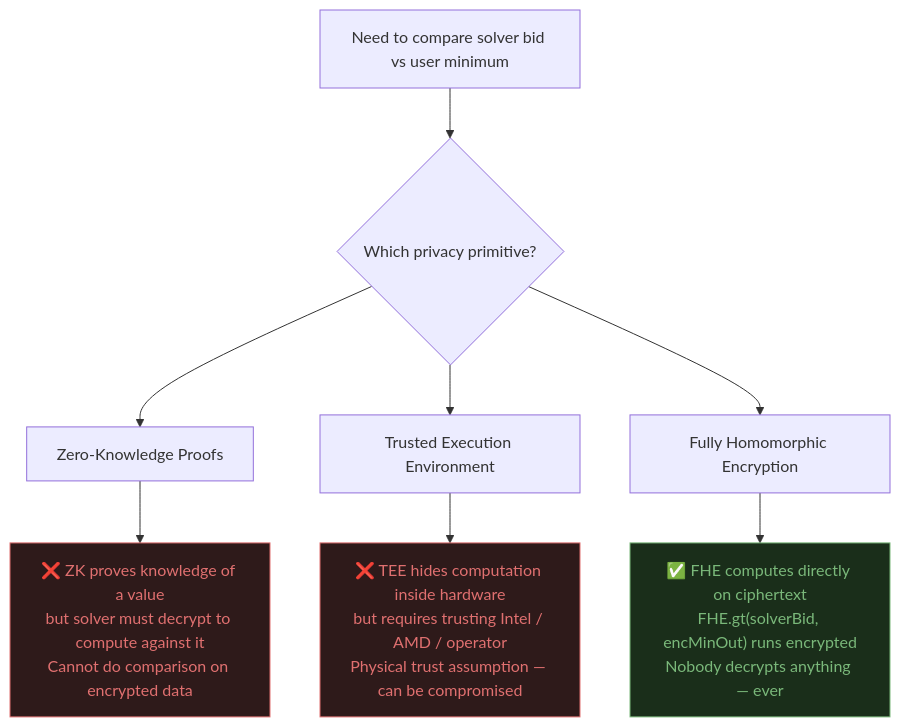
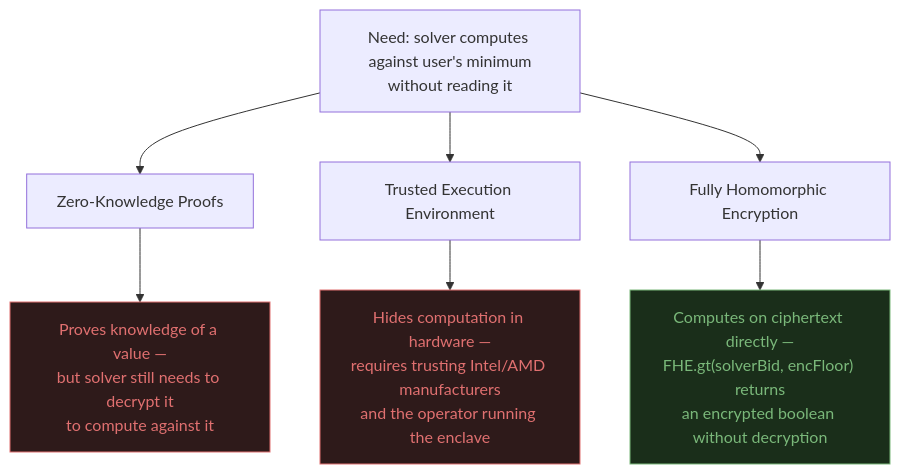
One commit to anxbt/GhostSwap changed the second of 5 diagrams in README.md. Above: the diagram before and after it, drawn with Mermaid. The commit also changed other lines of this file and 28 other files, not shown here.

````diff
--- a/README.md
+++ b/README.md
@@ -76,16 +113,15 @@
 ```mermaid
 graph TD
-    A[Need to compare solver bid vs user minimum]
-    A --> B{Which privacy primitive?}
-    B --> C[Zero-Knowledge Proofs]
-    B --> D[Trusted Execution Environment]
-    B --> E[Fully Homomorphic Encryption]
+    A[Need: solver computes against user's minimum<br/>without reading it]
+    A --> ZK[Zero-Knowledge Proofs]
+    A --> TEE[Trusted Execution Environment]
+    A --> FHE[Fully Homomorphic Encryption]
 
-    C --> F["❌ ZK proves knowledge of a value<br/>but solver must decrypt to compute against it<br/>Cannot do comparison on encrypted data"]
-    D --> G["❌ TEE hides computation inside hardware<br/>but requires trusting Intel / AMD / operator<br/>Physical trust assumption — can be compromised"]
-    E --> H["✅ FHE computes directly on ciphertext<br/>FHE.gt(solverBid, encMinOut) runs encrypted<br/>Nobody decrypts anything — ever"]
+    ZK --> ZF["Proves knowledge of a value —<br/>but solver still needs to decrypt it<br/>to compute against it"]
+    TEE --> TF["Hides computation in hardware —<br/>requires trusting Intel/AMD manufacturers<br/>and the operator running the enclave"]
+    FHE --> FT["Computes on ciphertext directly —<br/>FHE.gt(solverBid, encFloor) returns<br/>an encrypted boolean without decryption"]
 
-    style H fill:#1a2e1a,stroke:#7ab87a,color:#7ab87a
-    style F fill:#2e1a1a,stroke:#e07070,color:#e07070
-    style G fill:#2e1a1a,stroke:#e07070,color:#e07070
+    style FT fill:#1a2e1a,stroke:#7ab87a,color:#7ab87a
+    style ZF fill:#2e1a1a,stroke:#e07070,color:#e07070
+    style TF fill:#2e1a1a,stroke:#e07070,color:#e07070
 ```
````
